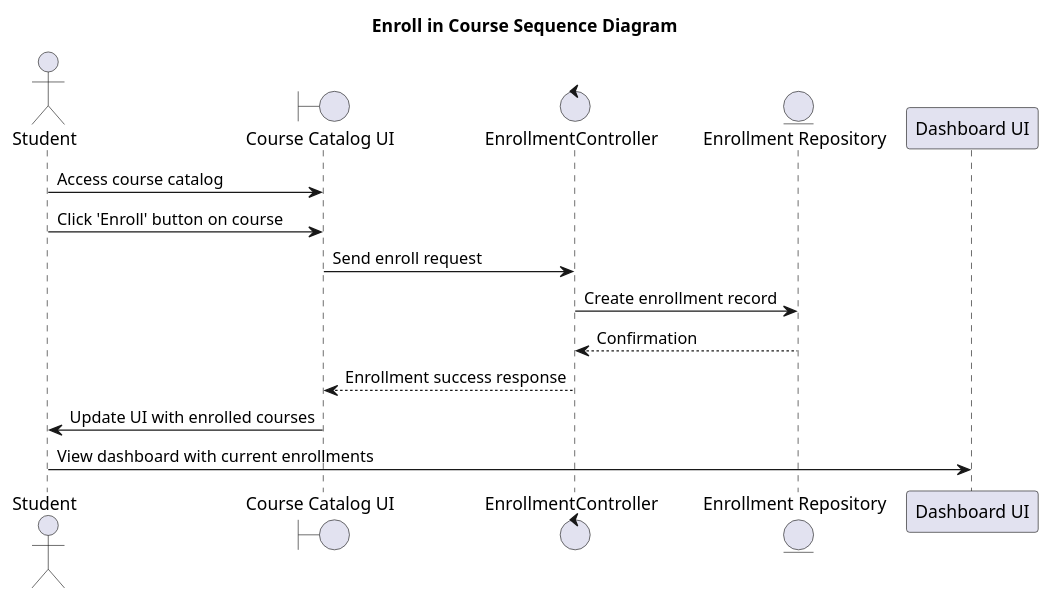
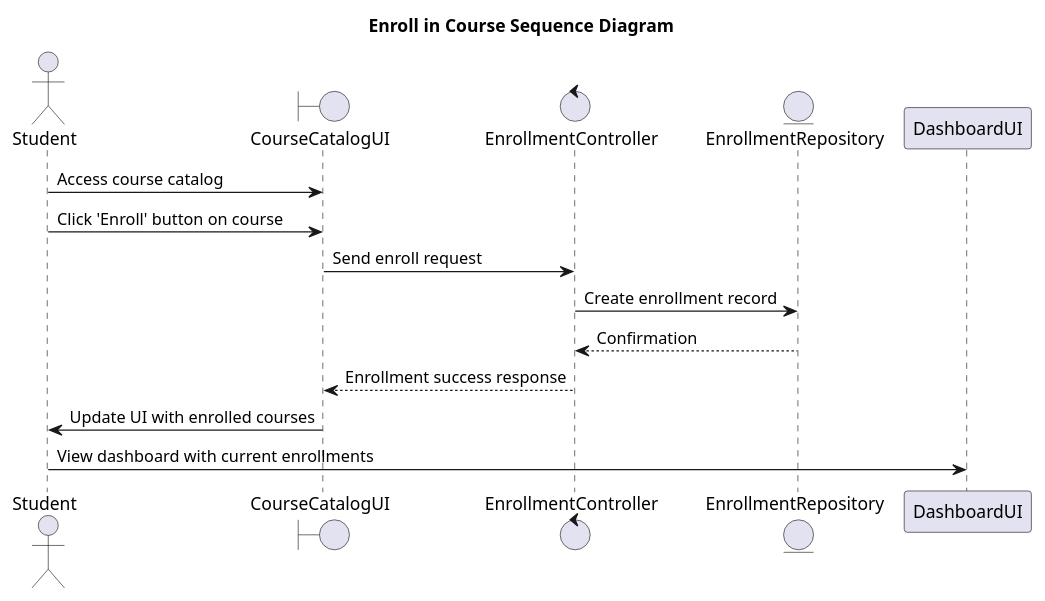
Before and after one commit to Huangphoux/uit-SE357_requirement: the diagram in docs/2. Diagrams/Sequence diagram/9. Self-EnrollCourses/EnrollCourses.pu, drawn with PlantUML. The commit also changed 41 other files, not shown here.

Commit message:
Add all sequence diagrams

```diff
--- a/docs/2. Diagrams/Sequence diagram/9. Self-EnrollCourses/EnrollCourses.pu
+++ b/docs/2. Diagrams/Sequence diagram/9. Self-EnrollCourses/EnrollCourses.pu
@@ -1,18 +1,18 @@
 @startuml EnrollInCourse
 title Enroll in Course Sequence Diagram
 
 actor Student
-boundary "Course Catalog UI"
-control "EnrollmentController"
-entity "Enrollment Repository"
+boundary CourseCatalogUI
+control EnrollmentController
+entity EnrollmentRepository
 
-Student -> "Course Catalog UI" : Access course catalog
-Student -> "Course Catalog UI" : Click 'Enroll' button on course
-"Course Catalog UI" -> "EnrollmentController" : Send enroll request
-"EnrollmentController" -> "Enrollment Repository" : Create enrollment record
-"Enrollment Repository" --> "EnrollmentController" : Confirmation
-"EnrollmentController" --> "Course Catalog UI" : Enrollment success response
-"Course Catalog UI" -> Student : Update UI with enrolled courses
-Student -> "Dashboard UI" : View dashboard with current enrollments
+Student -> CourseCatalogUI : Access course catalog
+Student -> CourseCatalogUI : Click 'Enroll' button on course
+CourseCatalogUI -> EnrollmentController : Send enroll request
+EnrollmentController -> EnrollmentRepository : Create enrollment record
+EnrollmentRepository --> EnrollmentController : Confirmation
+EnrollmentController --> CourseCatalogUI : Enrollment success response
+CourseCatalogUI -> Student : Update UI with enrolled courses
+Student -> DashboardUI : View dashboard with current enrollments
 
 @enduml
```
